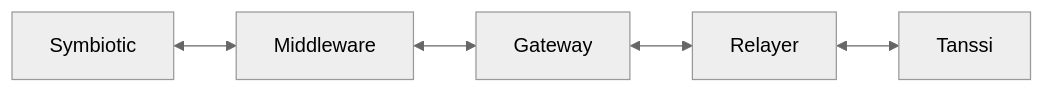
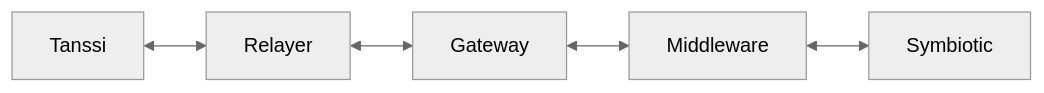
One commit to moondance-labs/tanssi-docs changed the third of 6 diagrams in learn/tanssi/external-security-providers/symbiotic.md. Above: the diagram before and after it, drawn with Mermaid (neutral theme).

Commit message:
chore: fix component diagram

````diff
--- a/learn/tanssi/external-security-providers/symbiotic.md
+++ b/learn/tanssi/external-security-providers/symbiotic.md
@@ -125,21 +125,18 @@
 ```mermaid
 flowchart LR
 
-Middleware <--> Gateway["Gateway"]
-
-Gateway <--> Relayer
-
-Relayer <--> Tanssi["Tanssi"]
-
-Symbiotic["Symbiotic"] <--> Middleware
+Tanssi["Tanssi"] <--> Relayer 
+Relayer <--> Gateway 
+Gateway["Gateway"] <--> Middleware
+Middleware <--> Symbiotic["Symbiotic"]
 
 class Tanssi tanssiNode;
 
 class Middleware middlewareNode;
 
 class Gateway gatewayNode;
 
 class Symbiotic symbioticNode;
 
 class Relayer relayerNode;
 ```
````
